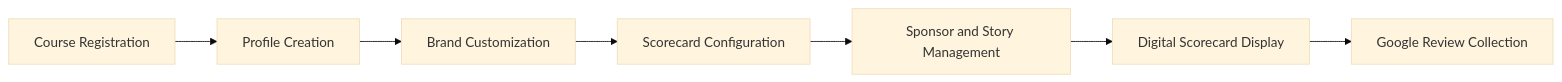
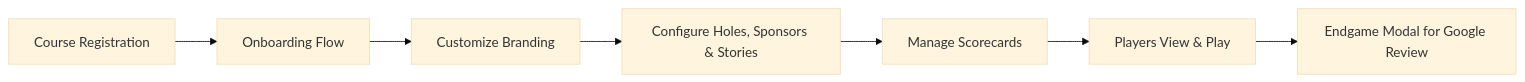
The first of 2 diagrams in .planning/overview.md (CraftLogan/solunar-server), drawn with Mermaid (base theme) before and after one commit. The commit also changed other lines of this file, not shown here.

````diff
--- a/.planning/overview.md
+++ b/.planning/overview.md
@@ -25,9 +28,9 @@
 ```mermaid
 graph LR;
-    A[Course Registration] --> B[Profile Creation];
-    B --> C[Brand Customization];
-    C --> D[Scorecard Configuration];
-    D --> E[Sponsor and Story Management];
-    E --> F[Digital Scorecard Display];
-    F --> G[Google Review Collection];
+    A[Course Registration] --> B[Onboarding Flow];
+    B --> C[Customize Branding];
+    C --> D[Configure Holes, Sponsors & Stories];
+    D --> E[Manage Scorecards];
+    E --> F[Players View & Play];
+    F --> G[Endgame Modal for Google Review];
 ```
````
